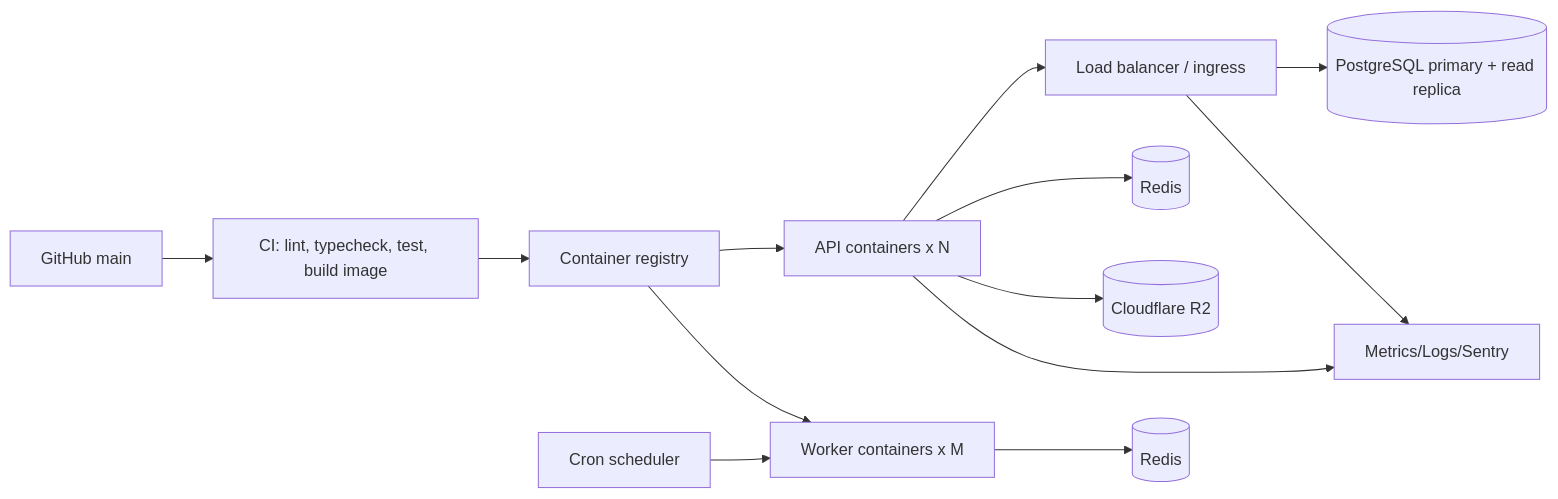
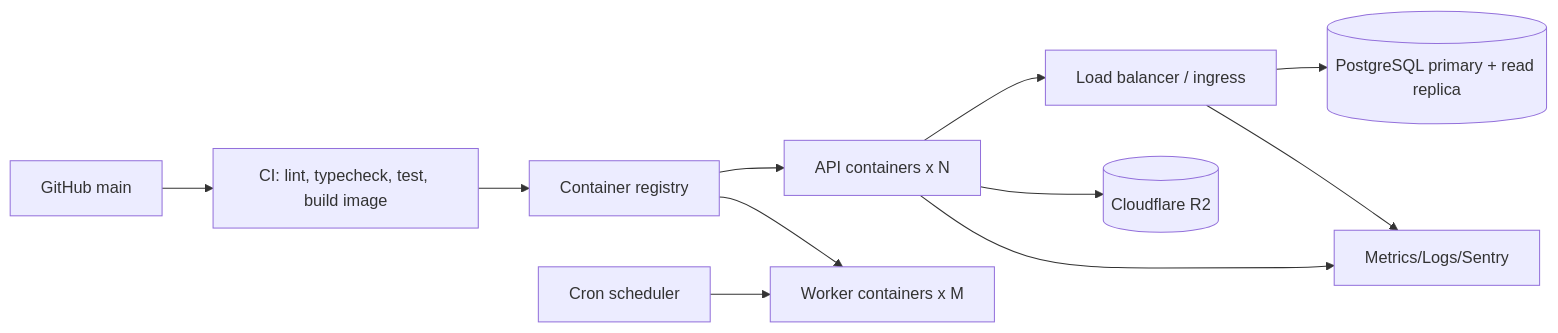
Before and after one commit to jeerupraveen04/Newswatchrequirement: the ninth of 9 diagrams in docs/architecture/03-backend-architecture.md, drawn with Mermaid. The commit also changed other lines of this file and 64 other files, not shown here.

````diff
--- a/docs/architecture/03-backend-architecture.md
+++ b/docs/architecture/03-backend-architecture.md
@@ -893,15 +888,13 @@
 ```mermaid
 flowchart LR
   GH[GitHub main] --> CI[CI: lint, typecheck, test, build image]
   CI --> Reg[Container registry]
   Reg --> API[API containers x N]
   Reg --> Worker[Worker containers x M]
   API --> LB[Load balancer / ingress]
   LB --> DB[(PostgreSQL primary + read replica)]
-  API --> RDS[(Redis)]
-  Worker --> RDS2[(Redis)]
   API --> R2[(Cloudflare R2)]
   Cron[Cron scheduler] --> Worker
   LB --> Metrics[Metrics/Logs/Sentry]
   API --> Metrics
 ```
````
